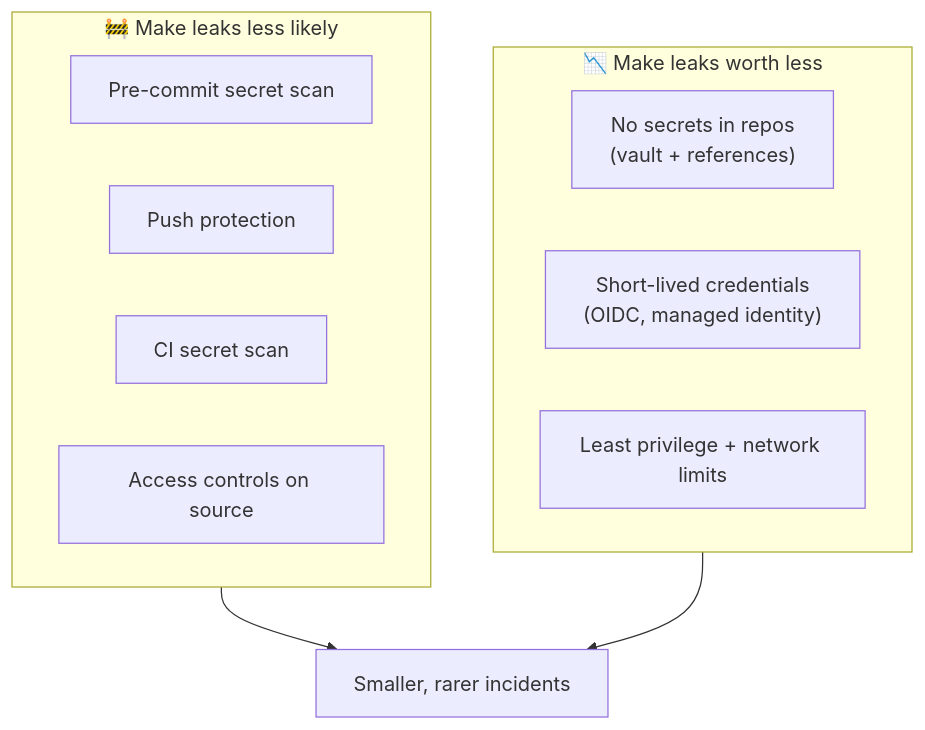
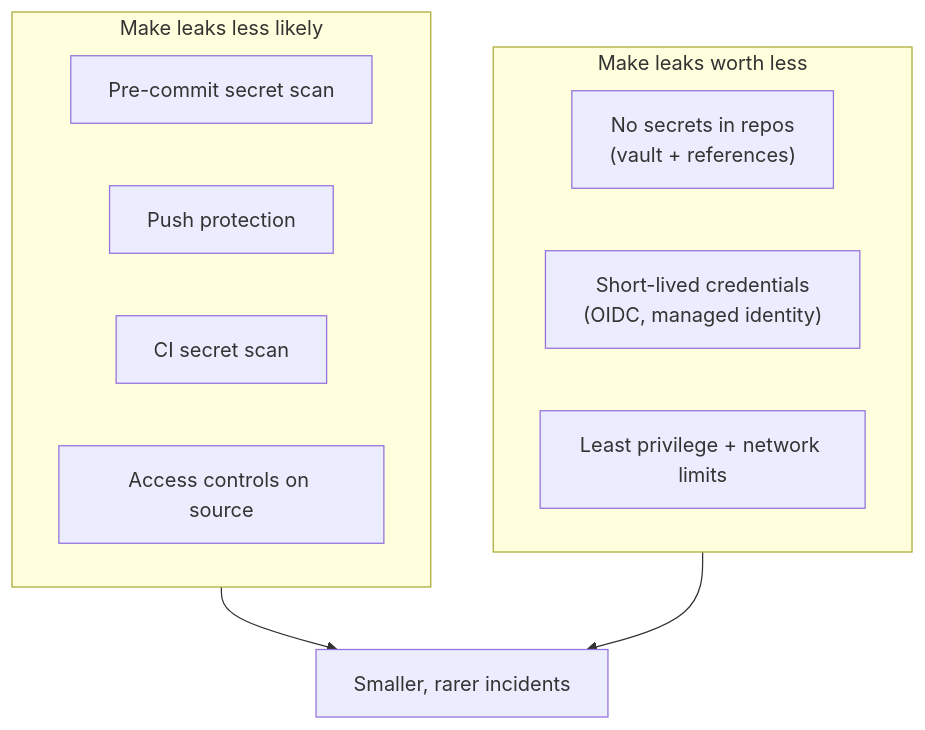
The diagram in docs/04-prevention.md (aboutBilal/leak-response-toolkit), drawn with Mermaid before and after one commit. The commit also changed other lines of this file and 30 other files, not shown here.

````diff
--- a/docs/04-prevention.md
+++ b/docs/04-prevention.md
@@ -8,16 +8,16 @@
 ```mermaid
 flowchart TB
-    subgraph LESS_LIKELY["🚧 Make leaks less likely"]
+    subgraph LESS_LIKELY["Make leaks less likely"]
         P1["Pre-commit secret scan"]
         P2["Push protection"]
         P3["CI secret scan"]
         P4["Access controls on source"]
     end
-    subgraph WORTH_LESS["📉 Make leaks worth less"]
+    subgraph WORTH_LESS["Make leaks worth less"]
         W1["No secrets in repos<br/>(vault + references)"]
         W2["Short-lived credentials<br/>(OIDC, managed identity)"]
         W3["Least privilege + network limits"]
     end
     LESS_LIKELY --> R["Smaller, rarer incidents"]
     WORTH_LESS --> R
 ```
````
